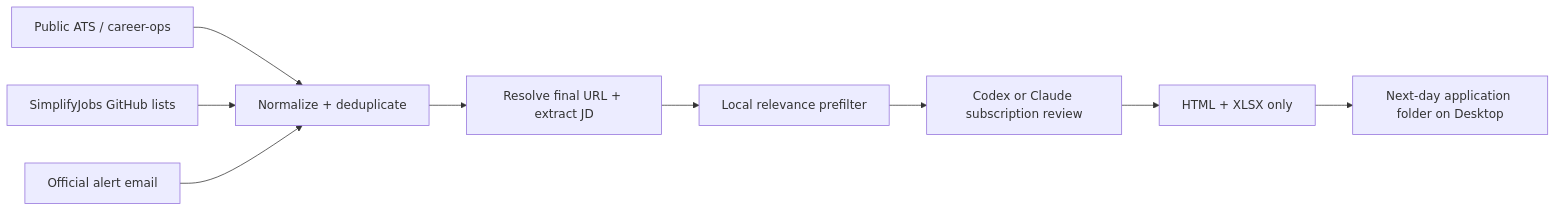
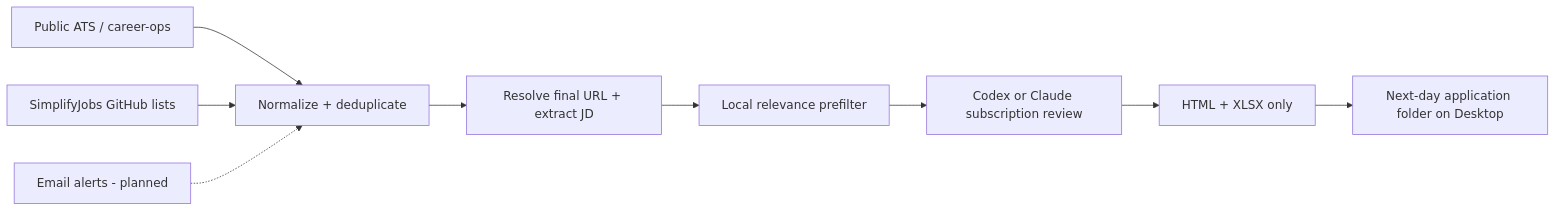
The diagram in README.md (JackyJiang08/daily-job-match-alert), drawn with Mermaid before and after one commit. The commit also changed other lines of this file and 9 other files, not shown here.

````diff
--- a/README.md
+++ b/README.md
@@ -34,11 +34,11 @@
 ```mermaid
 flowchart LR
   ATS[Public ATS / career-ops] --> N[Normalize + deduplicate]
   GH[SimplifyJobs GitHub lists] --> N
-  EM[Official alert email] --> N
+  EM[Email alerts - planned] -.-> N
   N --> JD[Resolve final URL + extract JD]
   JD --> PF[Local relevance prefilter]
   PF --> LLM[Codex or Claude subscription review]
   LLM --> R[HTML + XLSX only]
   R --> D[Next-day application folder on Desktop]
 ```
````
